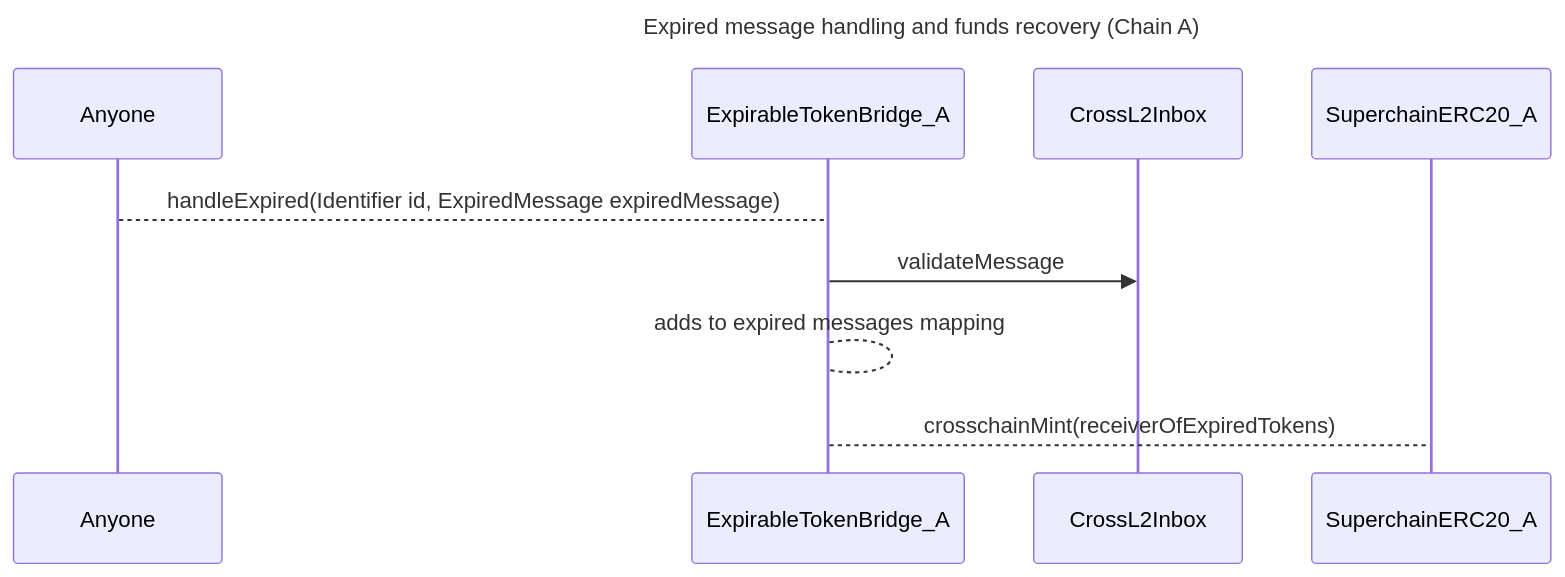
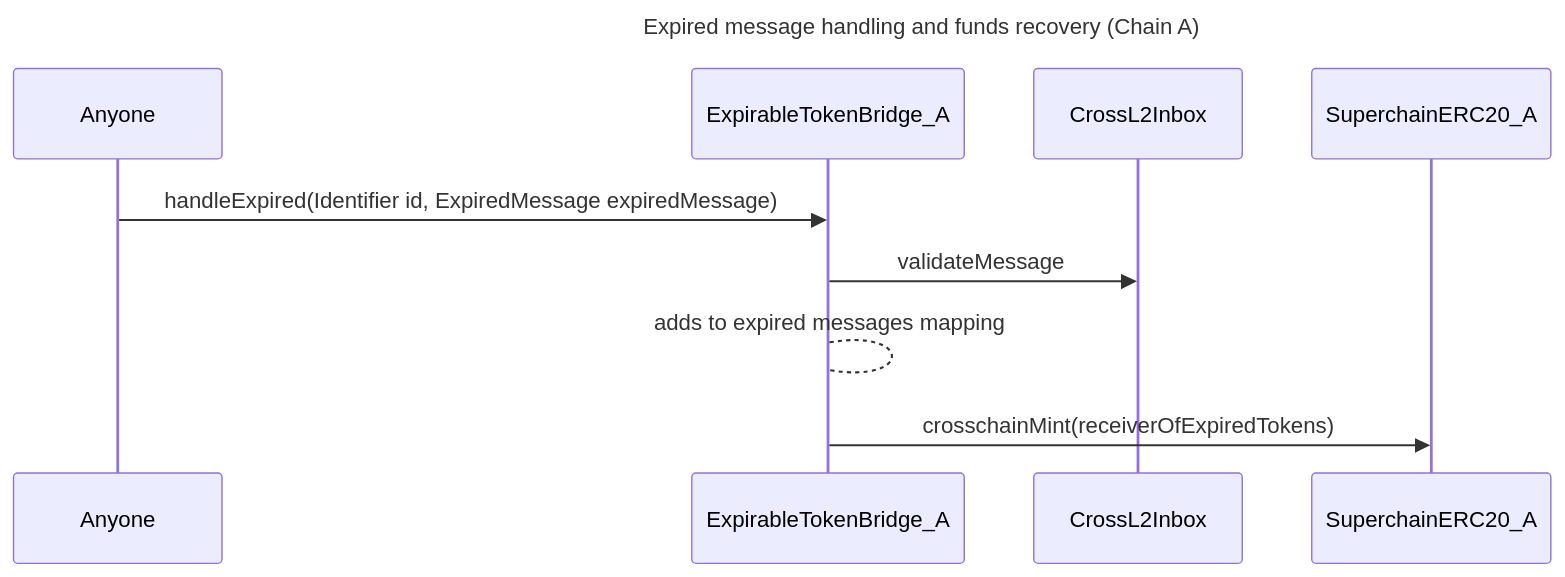
One commit to ethereum-optimism/design-docs changed the third of 3 diagrams in protocol/messaging/entrypoint-contracts.md. Above: the diagram before and after it, drawn with Mermaid. The commit also changed other lines of this file, not shown here.

````diff
--- a/protocol/messaging/entrypoint-contracts.md
+++ b/protocol/messaging/entrypoint-contracts.md
@@ -130,10 +137,11 @@
 ```mermaid
 sequenceDiagram
 
 title Expired message handling and funds recovery (Chain A)
 
-Anyone-->ExpirableTokenBridge_A: handleExpired(Identifier id, ExpiredMessage expiredMessage)
+Anyone->>ExpirableTokenBridge_A: handleExpired(Identifier id, ExpiredMessage expiredMessage)
 ExpirableTokenBridge_A->>CrossL2Inbox: validateMessage
 ExpirableTokenBridge_A-->ExpirableTokenBridge_A: adds to expired messages mapping
-ExpirableTokenBridge_A-->SuperchainERC20_A: crosschainMint(receiverOfExpiredTokens)
+ExpirableTokenBridge_A->>SuperchainERC20_A: crosschainMint(receiverOfExpiredTokens)
+
 ```
````
